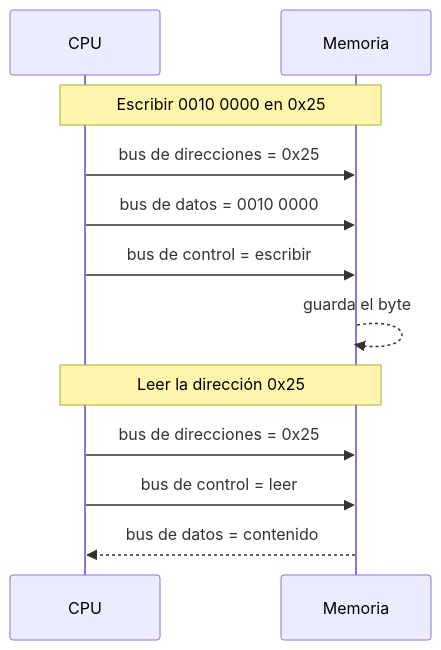
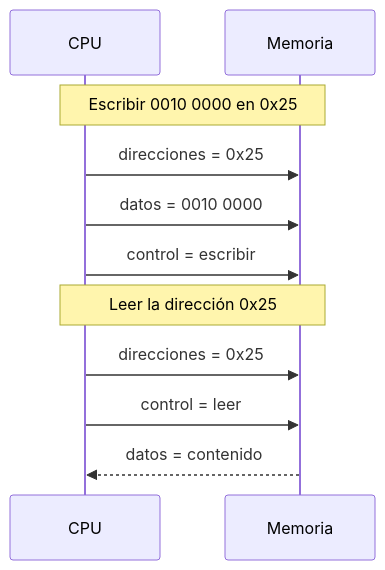
One commit to AlejandroTatum/sistemas-digitales-unl changed the seventh of 12 diagrams in unidad-1/apuntes/01-del-computador-al-microcontrolador.md. Above: the diagram before and after it, drawn with Mermaid. The commit also changed other lines of this file and 16 other files, not shown here.

````diff
--- a/unidad-1/apuntes/01-del-computador-al-microcontrolador.md
+++ b/unidad-1/apuntes/01-del-computador-al-microcontrolador.md
@@ -90,14 +101,13 @@
 ```mermaid
 sequenceDiagram
     participant CPU
     participant MEM as Memoria
     Note over CPU,MEM: Escribir 0010 0000 en 0x25
-    CPU->>MEM: bus de direcciones = 0x25
-    CPU->>MEM: bus de datos = 0010 0000
-    CPU->>MEM: bus de control = escribir
-    MEM-->>MEM: guarda el byte
+    CPU->>MEM: direcciones = 0x25
+    CPU->>MEM: datos = 0010 0000
+    CPU->>MEM: control = escribir
     Note over CPU,MEM: Leer la dirección 0x25
-    CPU->>MEM: bus de direcciones = 0x25
-    CPU->>MEM: bus de control = leer
-    MEM-->>CPU: bus de datos = contenido
+    CPU->>MEM: direcciones = 0x25
+    CPU->>MEM: control = leer
+    MEM-->>CPU: datos = contenido
 ```
````
